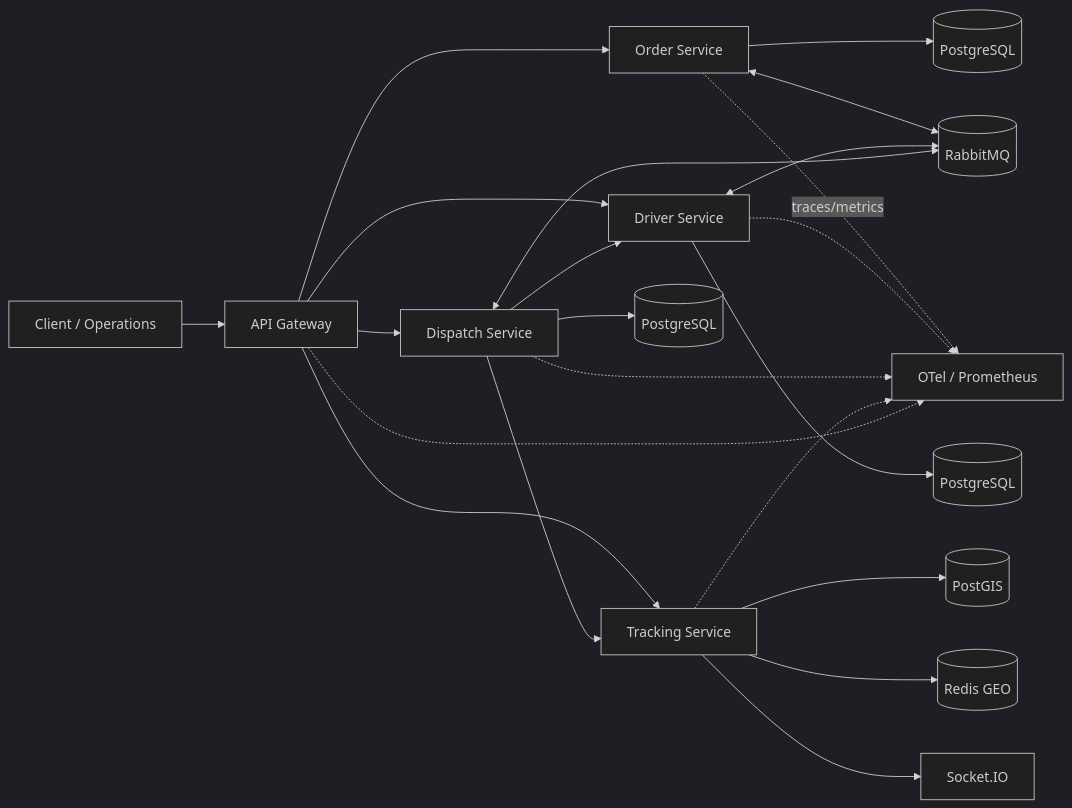
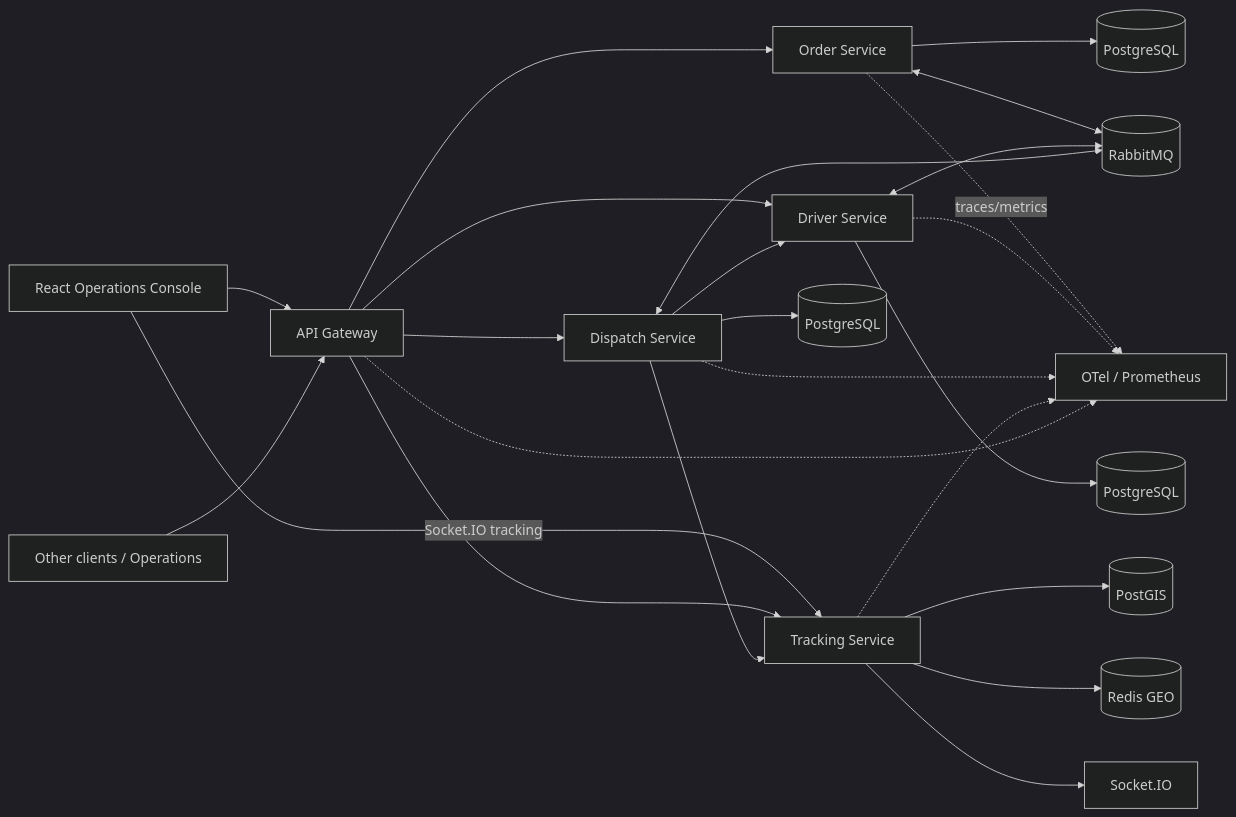
Before and after one commit to JoelDiaz93/RouteFast: the diagram in README.md, drawn with Mermaid (dark theme). The commit also changed other lines of this file and 52 other files, not shown here.

````diff
--- a/README.md
+++ b/README.md
@@ -29,27 +31,29 @@
 ```mermaid
 flowchart LR
-  Client[Client / Operations] --> GW[API Gateway]
+  Console[React Operations Console] --> GW[API Gateway]
+  Console -->|Socket.IO tracking| Tracking
+  Client[Other clients / Operations] --> GW[API Gateway]
   GW --> Order[Order Service]
   GW --> Driver[Driver Service]
   GW --> Dispatch[Dispatch Service]
   GW --> Tracking[Tracking Service]
 
   Order --> ODB[(PostgreSQL)]
   Driver --> DDB[(PostgreSQL)]
   Dispatch --> XDB[(PostgreSQL)]
   Tracking --> PGIS[(PostGIS)]
   Tracking --> Redis[(Redis GEO)]
 
   Order <--> RMQ[(RabbitMQ)]
   Driver <--> RMQ
   Dispatch <--> RMQ
   Dispatch --> Driver
   Dispatch --> Tracking
 
   Tracking --> WS[Socket.IO]
   Order -. traces/metrics .-> Obs[OTel / Prometheus]
   Driver -.-> Obs
   Dispatch -.-> Obs
   Tracking -.-> Obs
   GW -.-> Obs
 ```
````
